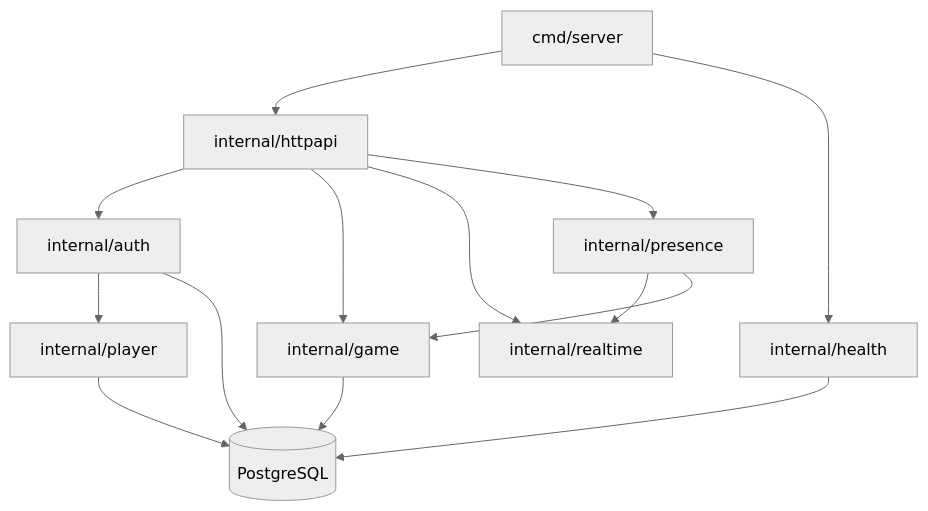
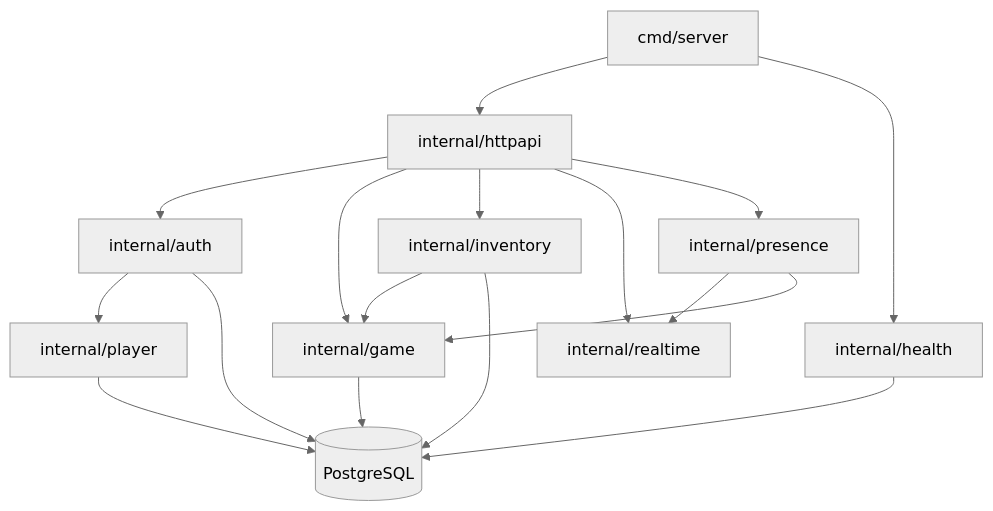
Before and after one commit to foxxman/valley: the diagram in backend/README.md, drawn with Mermaid (neutral theme). The commit also changed other lines of this file and 2 other files, not shown here.

Commit message:
doc: documentation for inventory changes

````diff
--- a/backend/README.md
+++ b/backend/README.md
@@ -9,16 +9,19 @@
 ```mermaid
 flowchart TD
   server["cmd/server"] --> httpapi["internal/httpapi"]
   server --> health["internal/health"]
   httpapi --> auth["internal/auth"]
   httpapi --> game["internal/game"]
+  httpapi --> inventory["internal/inventory"]
   httpapi --> realtime["internal/realtime"]
   httpapi --> presence["internal/presence"]
   presence --> realtime
   presence --> game
+  inventory --> game
   auth --> player["internal/player"]
   auth --> db[(PostgreSQL)]
   game --> db
+  inventory --> db
   player --> db
   health --> db
 ```
````
